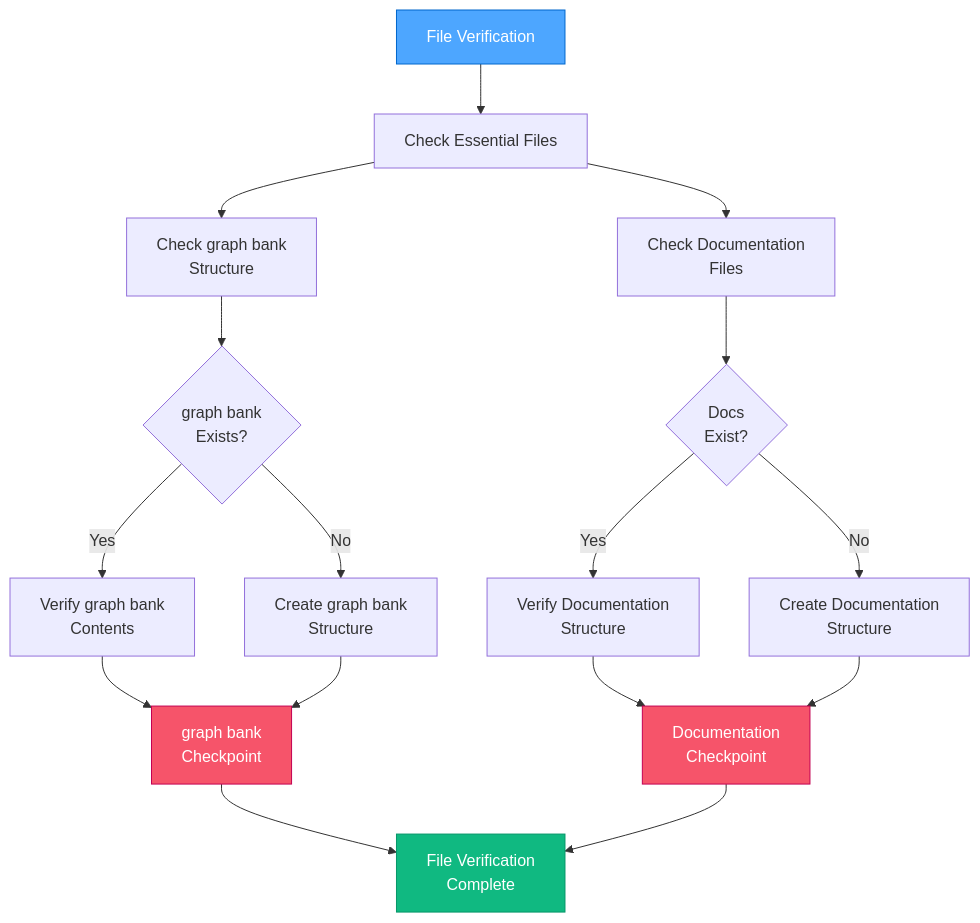
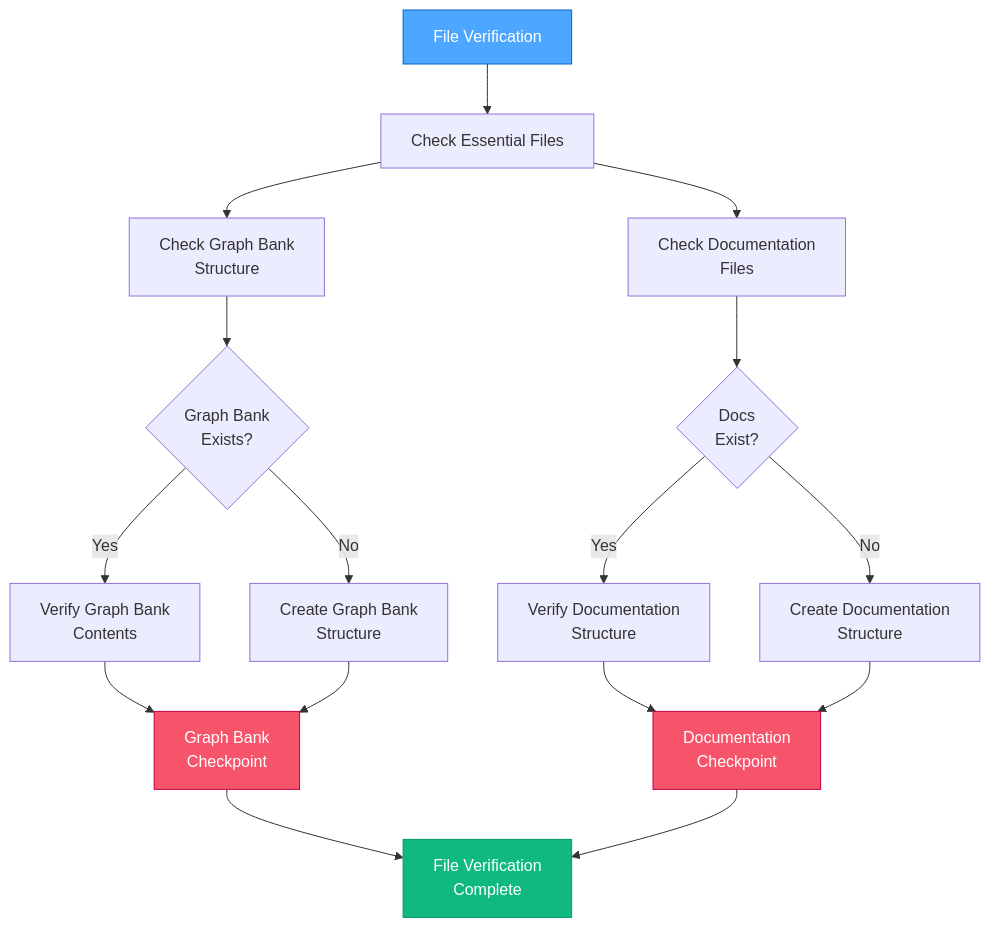
The third of 13 diagrams in .cursor/rules/isolation_rules/visual-maps/van-mode-map.mdc (7Spade/cursor-memory-bank), drawn with Mermaid before and after one commit. The commit also changed other lines of this file and 37 other files, not shown here.

Commit message:
refactor: Standardize terminology from "Memory Bank" to "Graph Bank" across all files, ensuring consistency in documentation and improving clarity in the system's architecture and processes

````diff
--- a/.cursor/rules/isolation_rules/visual-maps/van-mode-map.mdc
+++ b/.cursor/rules/isolation_rules/visual-maps/van-mode-map.mdc
@@ -91,25 +91,25 @@
 ```mermaid
 graph TD
     FV["File Verification"] --> CheckFiles["Check Essential Files"]
-    CheckFiles --> CheckMB["Check graph bank<br>Structure"]
-    CheckMB --> MBExists{"graph bank<br>Exists?"}
+    CheckFiles --> CheckMB["Check Graph Bank<br>Structure"]
+    CheckMB --> MBExists{"Graph Bank<br>Exists?"}
     
-    MBExists -->|"Yes"| VerifyMB["Verify graph bank<br>Contents"]
-    MBExists -->|"No"| CreateMB["Create graph bank<br>Structure"]
+    MBExists -->|"Yes"| VerifyMB["Verify Graph Bank<br>Contents"]
+    MBExists -->|"No"| CreateMB["Create Graph Bank<br>Structure"]
     
     CheckFiles --> CheckDocs["Check Documentation<br>Files"]
     CheckDocs --> DocsExist{"Docs<br>Exist?"}
     
     DocsExist -->|"Yes"| VerifyDocs["Verify Documentation<br>Structure"]
     DocsExist -->|"No"| CreateDocs["Create Documentation<br>Structure"]
     
-    VerifyMB & CreateMB --> MBCP["graph bank<br>Checkpoint"]
+    VerifyMB & CreateMB --> MBCP["Graph Bank<br>Checkpoint"]
     VerifyDocs & CreateDocs --> DocsCP["Documentation<br>Checkpoint"]
     
     MBCP & DocsCP --> FileComplete["File Verification<br>Complete"]
     
     style FV fill:#4da6ff,stroke:#0066cc,color:white
     style FileComplete fill:#10b981,stroke:#059669,color:white
     style MBCP fill:#f6546a,stroke:#c30052,color:white
     style DocsCP fill:#f6546a,stroke:#c30052,color:white
 ```
````
